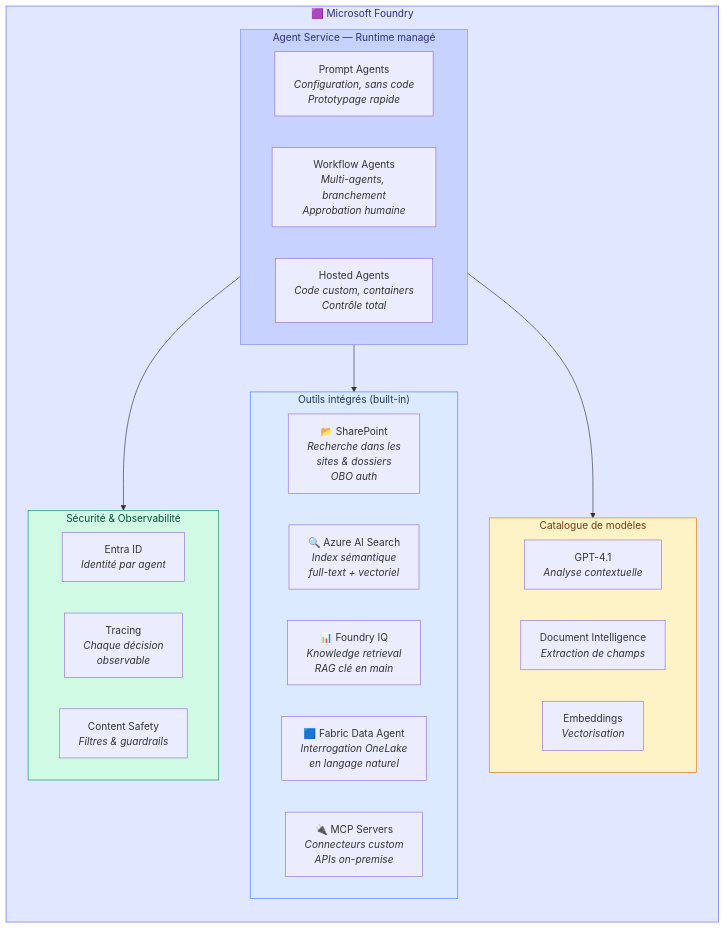
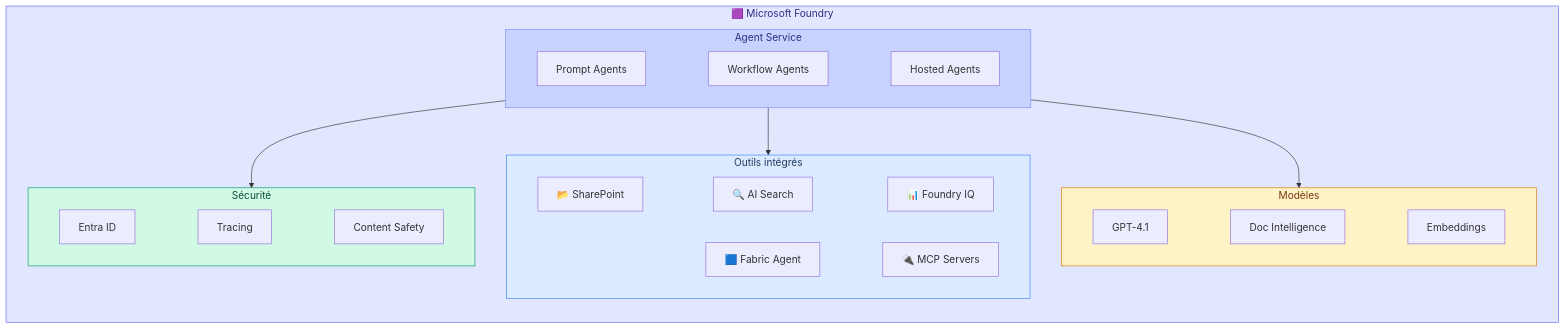
The fourth of 20 diagrams in docs/ARCHITECTURE-AGENTIC-V2-TARGET.md (olivMertens/WorkbenchIQ), drawn with Mermaid before and after one commit. The commit also changed other lines of this file and 6 other files, not shown here.

First line of the commit message:
Architecture docs: hybrid strategy, HITL, FAQ data locality, pipeline detail, PDF generator

````diff
--- a/docs/ARCHITECTURE-AGENTIC-V2-TARGET.md
+++ b/docs/ARCHITECTURE-AGENTIC-V2-TARGET.md
@@ -223,46 +178,24 @@
 ```mermaid
-graph TB
+graph LR
     subgraph FOUNDRY_FULL["🟪 Microsoft Foundry"]
-        direction TB
-
-        subgraph AGENT_SERVICE["Agent Service — Runtime managé"]
-            direction LR
-            PA["Prompt Agents<br/><i>Configuration, sans code<br/>Prototypage rapide</i>"]
-            WA["Workflow Agents<br/><i>Multi-agents, branchement<br/>Approbation humaine</i>"]
-            HA["Hosted Agents<br/><i>Code custom, containers<br/>Contrôle total</i>"]
+        subgraph AGENT_SERVICE["Agent Service"]
+            PA["Prompt Agents"] ~~~ WA["Workflow Agents"] ~~~ HA["Hosted Agents"]
         end
-
-        subgraph TOOLS_BUILTIN["Outils intégrés (built-in)"]
-            direction LR
-            T_SP["📂 SharePoint<br/><i>Recherche dans les<br/>sites & dossiers<br/>OBO auth</i>"]
-            T_SEARCH["🔍 Azure AI Search<br/><i>Index sémantique<br/>full-text + vectoriel</i>"]
-            T_IQ["📊 Foundry IQ<br/><i>Knowledge retrieval<br/>RAG clé en main</i>"]
-            T_FABRIC["🟦 Fabric Data Agent<br/><i>Interrogation OneLake<br/>en langage naturel</i>"]
-            T_MCP["🔌 MCP Servers<br/><i>Connecteurs custom<br/>APIs on-premise</i>"]
+        subgraph TOOLS_BUILTIN["Outils intégrés"]
+            T_SP["📂 SharePoint"] ~~~ T_SEARCH["🔍 AI Search"] ~~~ T_IQ["📊 Foundry IQ"]
+            T_FABRIC["🟦 Fabric Agent"] ~~~ T_MCP["🔌 MCP Servers"]
         end
-
-        subgraph MODELS_LAYER["Catalogue de modèles"]
-            direction LR
-            GPT41["GPT-4.1<br/><i>Analyse contextuelle</i>"]
-            DOCINT["Document Intelligence<br/><i>Extraction de champs</i>"]
-            EMB["Embeddings<br/><i>Vectorisation</i>"]
+        subgraph MODELS_LAYER["Modèles"]
+            GPT41["GPT-4.1"] ~~~ DOCINT["Doc Intelligence"] ~~~ EMB["Embeddings"]
         end
-
-        subgraph ENTERPRISE["Sécurité & Observabilité"]
-            direction LR
-            ID["Entra ID<br/><i>Identité par agent</i>"]
-            TRACE["Tracing<br/><i>Chaque décision<br/>observable</i>"]
-            SAFETY["Content Safety<br/><i>Filtres & guardrails</i>"]
+        subgraph ENTERPRISE["Sécurité"]
+            ID["Entra ID"] ~~~ TRACE["Tracing"] ~~~ SAFETY["Content Safety"]
         end
-
-        AGENT_SERVICE --> TOOLS_BUILTIN
-        AGENT_SERVICE --> MODELS_LAYER
-        AGENT_SERVICE --> ENTERPRISE
+        AGENT_SERVICE --> TOOLS_BUILTIN & MODELS_LAYER & ENTERPRISE
     end
-
     style FOUNDRY_FULL fill:#e0e7ff,stroke:#6366f1,color:#312e81
     style AGENT_SERVICE fill:#c7d2fe,stroke:#818cf8,color:#312e81
     style TOOLS_BUILTIN fill:#dbeafe,stroke:#3b82f6,color:#1e3a5f
     style MODELS_LAYER fill:#fef3c7,stroke:#d97706,color:#78350f
     style ENTERPRISE fill:#d1fae5,stroke:#059669,color:#064e3b
 ```
````
